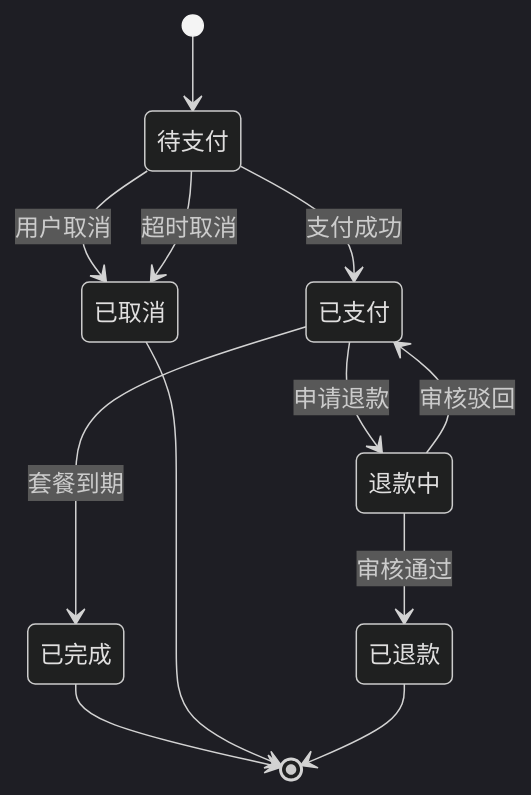
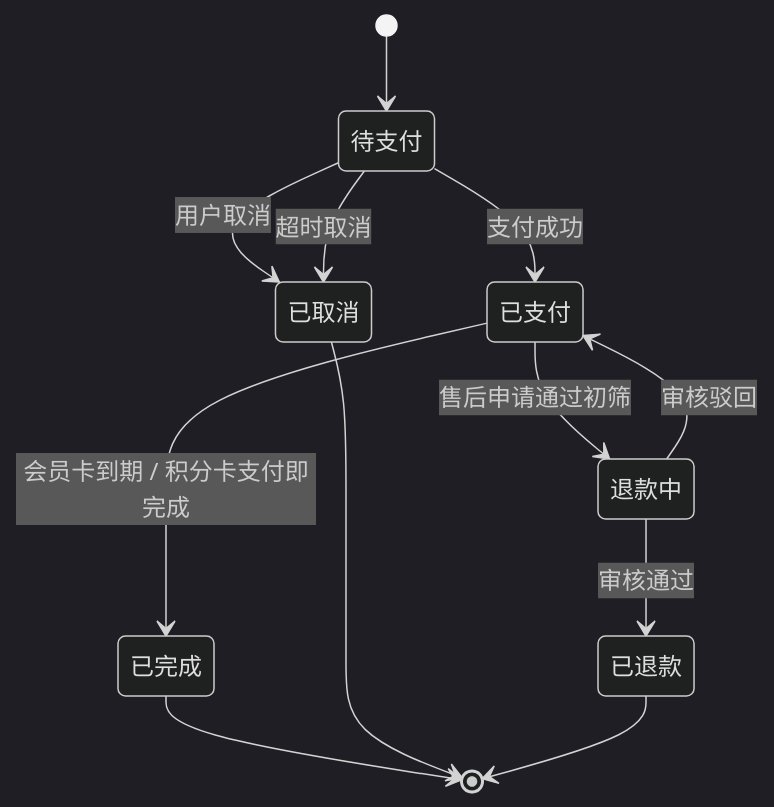
Before and after one commit to earthy-zinc/dehaze-system: the second of 2 diagrams in dehaze-doc/docs/03-模块设计/基础模块/订单管理/需求规格.md, drawn with Mermaid (dark theme). The commit also changed other lines of this file and 119 other files, not shown here.

````diff
--- a/dehaze-doc/docs/03-模块设计/基础模块/订单管理/需求规格.md
+++ b/dehaze-doc/docs/03-模块设计/基础模块/订单管理/需求规格.md
@@ -82,14 +90,14 @@
 ```mermaid
 stateDiagram-v2
     [*] --> 待支付
     待支付 --> 已支付: 支付成功
     待支付 --> 已取消: 用户取消
     待支付 --> 已取消: 超时取消
-    已支付 --> 退款中: 申请退款
-    已支付 --> 已完成: 套餐到期
+    已支付 --> 退款中: 售后申请通过初筛
+    已支付 --> 已完成: 会员卡到期 / 积分卡支付即完成
     退款中 --> 已退款: 审核通过
     退款中 --> 已支付: 审核驳回
     已完成 --> [*]
     已取消 --> [*]
     已退款 --> [*]
 ```
````
